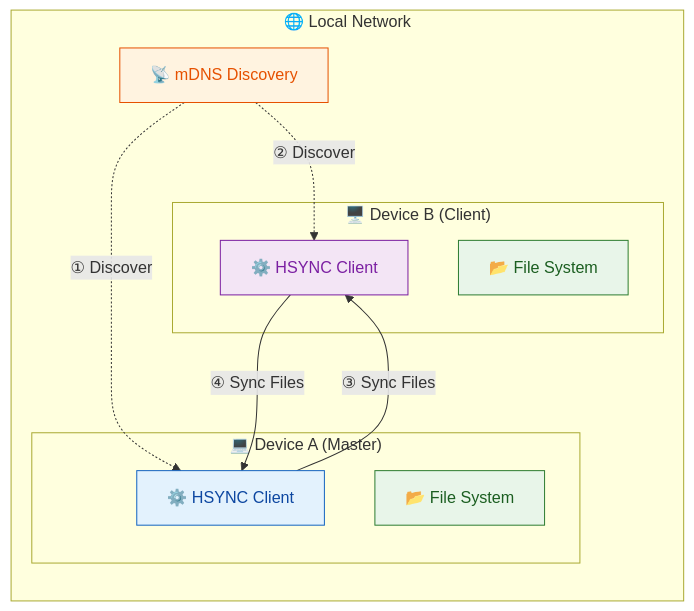
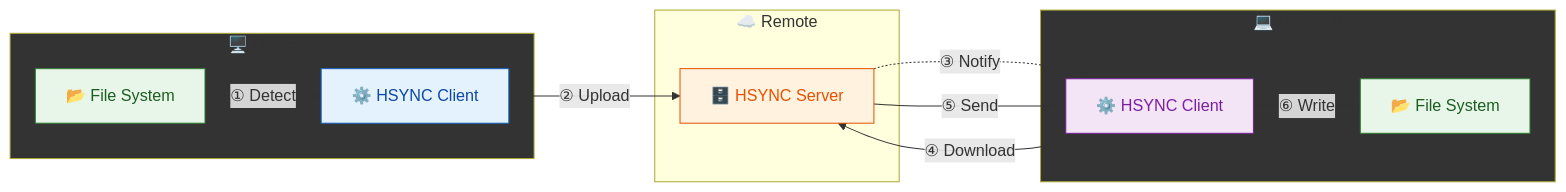
The second of 2 diagrams in README.md (albertsdk/hsync-client), drawn with Mermaid before and after one commit. The commit also changed other lines of this file, not shown here.

````diff
--- a/README.md
+++ b/README.md
@@ -249,27 +190,31 @@
 ```mermaid
 flowchart LR
-    subgraph LAN["🌐 Local Network"]
-        subgraph DeviceA["💻 Device A (Master)"]
-            FSAA["📂 File System"]
-            CAA["⚙️ HSYNC Client"]
-        end
-
-        subgraph DeviceB["🖥️ Device B (Client)"]
-            CAB["⚙️ HSYNC Client"]
-            FSAB["📂 File System"]
-        end
-
-        mDNS["📡 mDNS Discovery"]
+    subgraph DeviceA["🖥️ Device A"]
+        FSA["📂 File System"]
+        CA["⚙️ HSYNC Client"]
     end
 
-    mDNS -.->|"① Discover"| CAA
-    mDNS -.->|"② Discover"| CAB
-    CAA -->|"③ Sync Files"| CAB
-    CAB -->|"④ Sync Files"| CAA
+    subgraph Remote["☁️ Remote"]
+        SERVER["🗄️ HSYNC Server"]
+    end
 
-    style FSAA fill:#e8f5e9,stroke:#2e7d32,color:#1b5e20
-    style CAA fill:#e3f2fd,stroke:#1565c0,color:#0d47a1
-    style CAB fill:#f3e5f5,stroke:#7b1fa2,color:#7b1fa2
-    style FSAB fill:#e8f5e9,stroke:#2e7d32,color:#1b5e20
-    style mDNS fill:#fff3e0,stroke:#e65100,color:#e65100
+    subgraph DeviceB["💻 Device B"]
+        CB["⚙️ HSYNC Client"]
+        FSB["📂 File System"]
+    end
+
+    FSA -->|"① Detect"| CA
+    CA -->|"② Upload"| SERVER
+    SERVER -.->|"③ Notify"| CB
+    CB -->|"④ Download"| SERVER
+    SERVER -->|"⑤ Send"| CB
+    CB -->|"⑥ Write"| FSB
+
+    style DeviceA fill:#333333
+    style DeviceB fill:#333333
+    style FSA fill:#e8f5e9,stroke:#2e7d32,color:#1b5e20
+    style CA fill:#e3f2fd,stroke:#1565c0,color:#0d47a1
+    style SERVER fill:#fff3e0,stroke:#e65100,color:#e65100
+    style FSB fill:#e8f5e9,stroke:#2e7d32,color:#1b5e20
+    style CB fill:#f3e5f5,stroke:#7b1fa2,color:#7b1fa2
 ```
````
